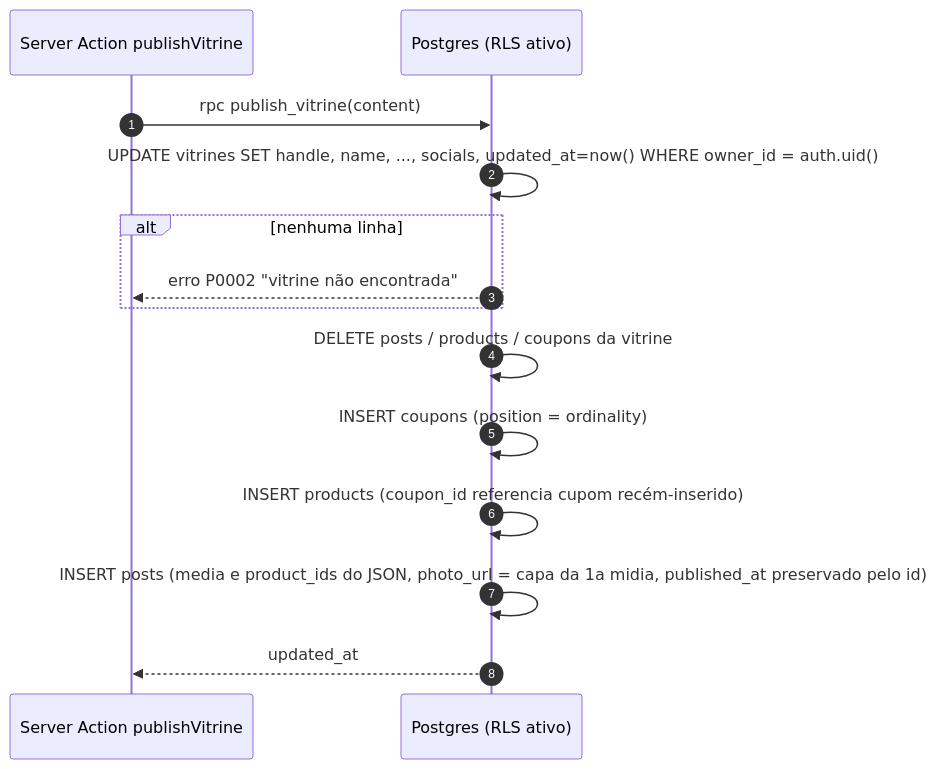
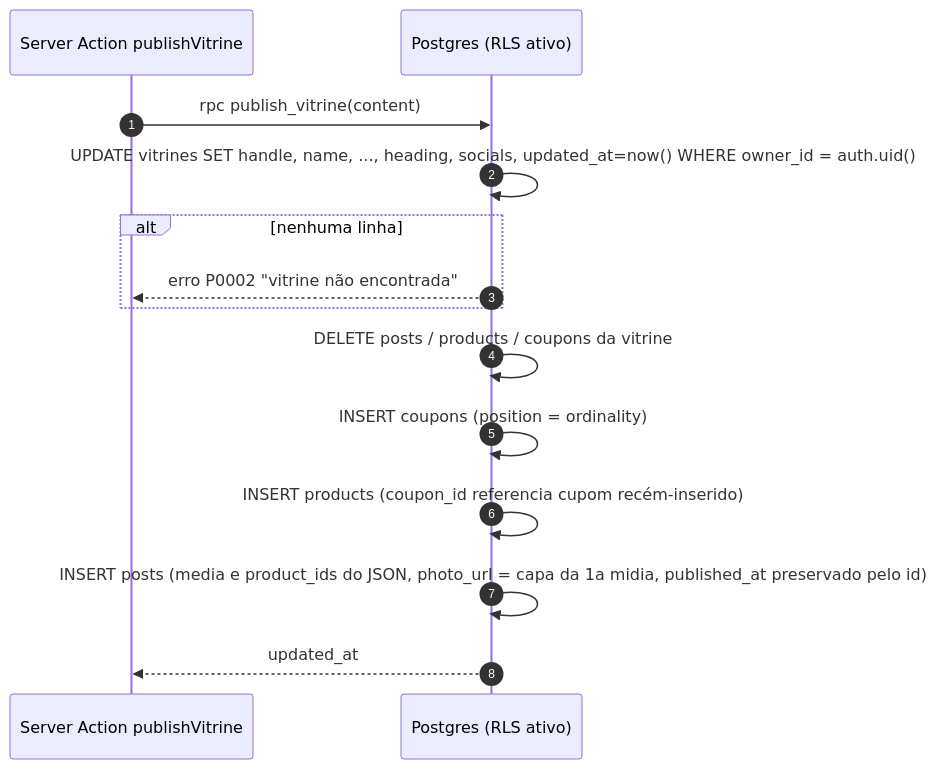
The second of 3 diagrams in docs/database.md (estevaons/myvitri), drawn with Mermaid before and after one commit. The commit also changed other lines of this file and 10 other files, not shown here.

````diff
--- a/docs/database.md
+++ b/docs/database.md
@@ -585,16 +588,16 @@
 ```mermaid
 sequenceDiagram
     autonumber
     participant SA as Server Action publishVitrine
     participant DB as Postgres (RLS ativo)
     SA->>DB: rpc publish_vitrine(content)
-    DB->>DB: UPDATE vitrines SET handle, name, ..., socials, updated_at=now() WHERE owner_id = auth.uid()
+    DB->>DB: UPDATE vitrines SET handle, name, ..., heading, socials, updated_at=now() WHERE owner_id = auth.uid()
     alt nenhuma linha
         DB-->>SA: erro P0002 "vitrine não encontrada"
     end
     DB->>DB: DELETE posts / products / coupons da vitrine
     DB->>DB: INSERT coupons (position = ordinality)
     DB->>DB: INSERT products (coupon_id referencia cupom recém-inserido)
     DB->>DB: INSERT posts (media e product_ids do JSON, photo_url = capa da 1a midia, published_at preservado pelo id)
     DB-->>SA: updated_at
 ```
````
